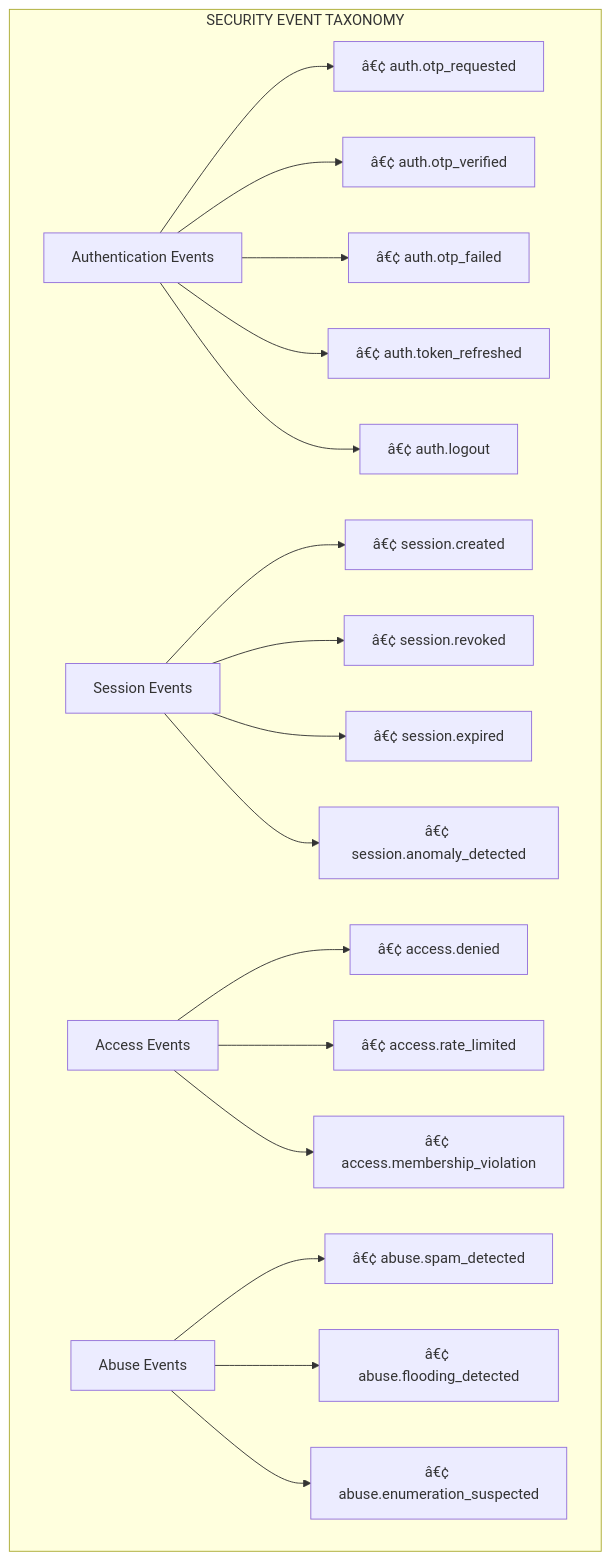
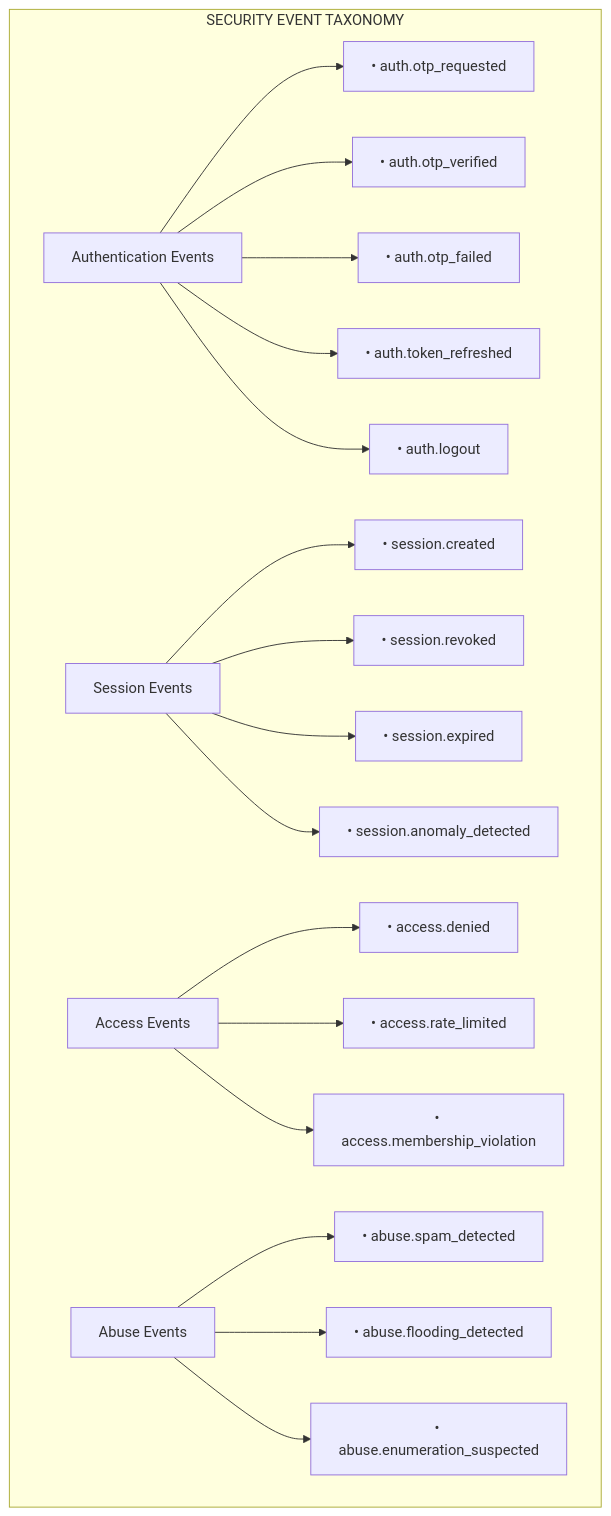
One commit to ae-lexs/realtime-messaging-platform changed diagram 12 of 13 in docs/ADR-013.md. Above: the diagram before and after it, drawn with Mermaid. The commit also changed other lines of this file and 4 other files, not shown here.

````diff
--- a/docs/ADR-013.md
+++ b/docs/ADR-013.md
@@ -1020,43 +1020,43 @@
 ```mermaid
 flowchart TB
     subgraph Events["SECURITY EVENT TAXONOMY"]
         AUTH["Authentication Events"]
-        AUTH1["â€¢ auth.otp_requested"]
-        AUTH2["â€¢ auth.otp_verified"]
-        AUTH3["â€¢ auth.otp_failed"]
-        AUTH4["â€¢ auth.token_refreshed"]
-        AUTH5["â€¢ auth.logout"]
+        AUTH1["• auth.otp_requested"]
+        AUTH2["• auth.otp_verified"]
+        AUTH3["• auth.otp_failed"]
+        AUTH4["• auth.token_refreshed"]
+        AUTH5["• auth.logout"]
         
         SESSION["Session Events"]
-        SESS1["â€¢ session.created"]
-        SESS2["â€¢ session.revoked"]
-        SESS3["â€¢ session.expired"]
-        SESS4["â€¢ session.anomaly_detected"]
+        SESS1["• session.created"]
+        SESS2["• session.revoked"]
+        SESS3["• session.expired"]
+        SESS4["• session.anomaly_detected"]
         
         ACCESS["Access Events"]
-        ACC1["â€¢ access.denied"]
-        ACC2["â€¢ access.rate_limited"]
-        ACC3["â€¢ access.membership_violation"]
+        ACC1["• access.denied"]
+        ACC2["• access.rate_limited"]
+        ACC3["• access.membership_violation"]
         
         ABUSE["Abuse Events"]
-        ABUSE1["â€¢ abuse.spam_detected"]
-        ABUSE2["â€¢ abuse.flooding_detected"]
-        ABUSE3["â€¢ abuse.enumeration_suspected"]
+        ABUSE1["• abuse.spam_detected"]
+        ABUSE2["• abuse.flooding_detected"]
+        ABUSE3["• abuse.enumeration_suspected"]
         
         AUTH --> AUTH1
         AUTH --> AUTH2
         AUTH --> AUTH3
         AUTH --> AUTH4
         AUTH --> AUTH5
         SESSION --> SESS1
         SESSION --> SESS2
         SESSION --> SESS3
         SESSION --> SESS4
         ACCESS --> ACC1
         ACCESS --> ACC2
         ACCESS --> ACC3
         ABUSE --> ABUSE1
         ABUSE --> ABUSE2
         ABUSE --> ABUSE3
     end
 ```
````
